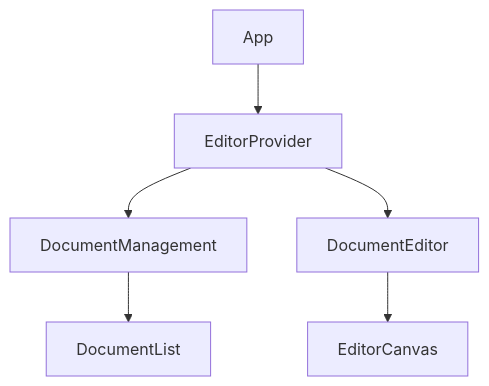
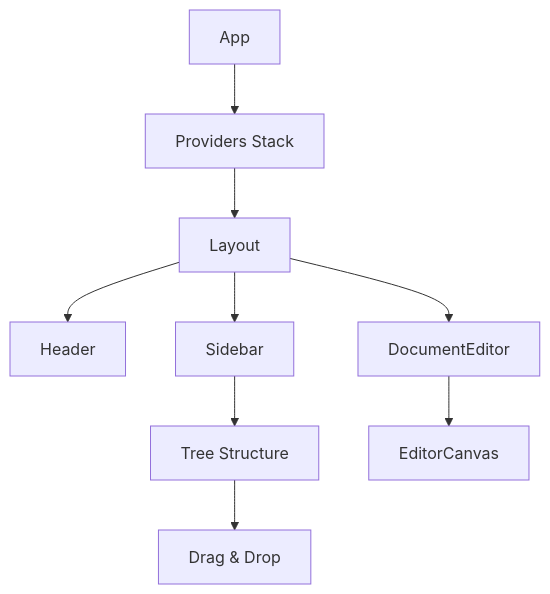
The diagram in README.md (eliseo-arevalo/blocksuite-react), drawn with Mermaid before and after one commit. The commit also changed other lines of this file and 3 other files, not shown here.

````diff
--- a/README.md
+++ b/README.md
@@ -23,8 +37,11 @@
 ```mermaid
 graph TB
-    A[App] --> B[EditorProvider]
-    B --> C[DocumentManagement]
-    B --> D[DocumentEditor]
-    C --> E[DocumentList]
-    D --> F[EditorCanvas]
+    A[App] --> B[Providers Stack]
+    B --> C[Layout]
+    C --> D[Header]
+    C --> E[Sidebar]
+    C --> F[DocumentEditor]
+    E --> G[Tree Structure]
+    G --> H[Drag & Drop]
+    F --> I[EditorCanvas]
 ```
````
